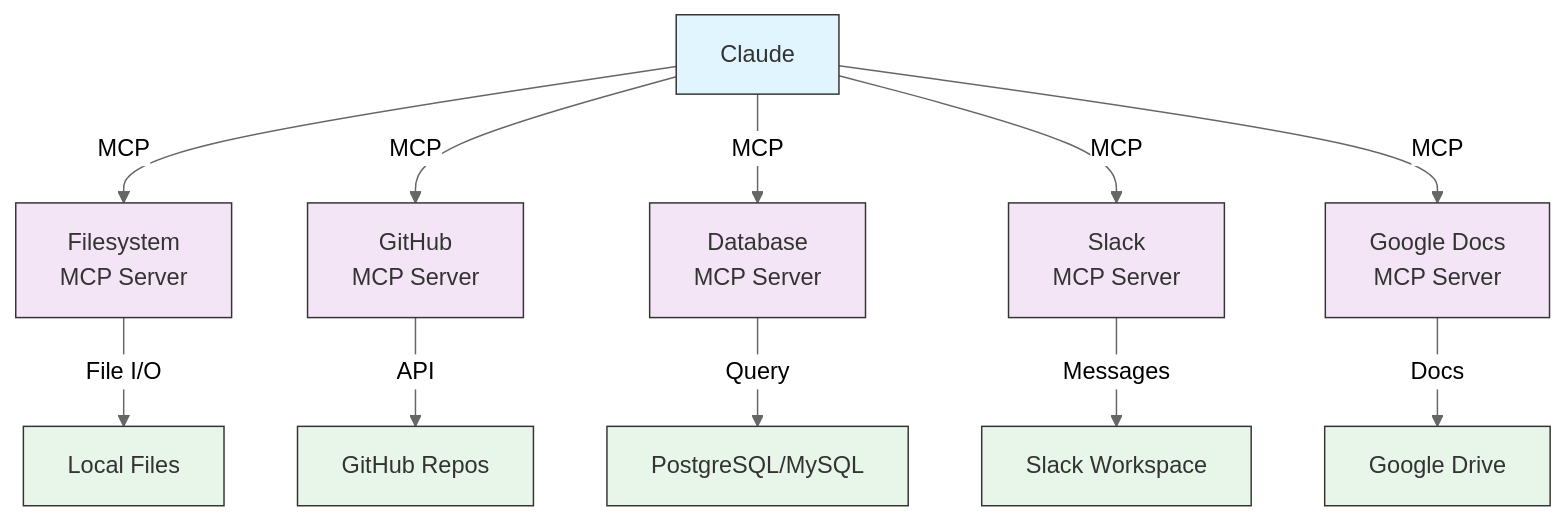
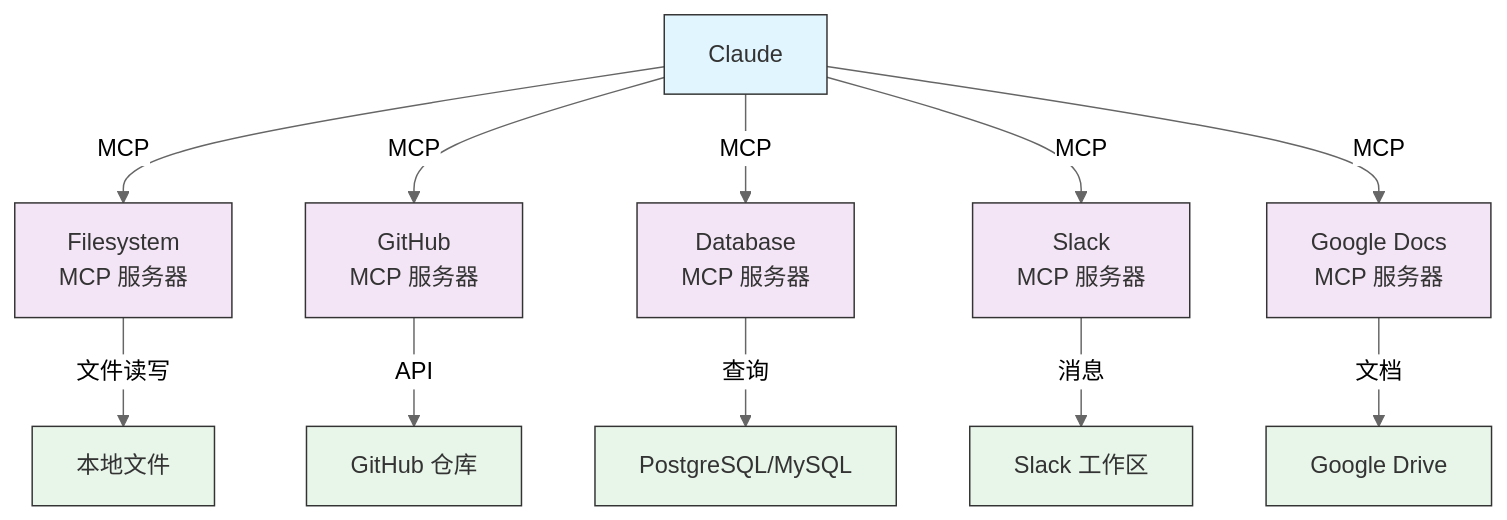
The second of 7 diagrams in 05-mcp/README.md (wgqi1126/claude-howto-zh-cn), drawn with Mermaid (neutral theme) before and after one commit. The commit also changed other lines of this file and 49 other files, not shown here.

````diff
--- a/05-mcp/README.md
+++ b/05-mcp/README.md
@@ -49,26 +49,26 @@
 ```mermaid
 graph TB
-    A["Claude"] -->|MCP| B["Filesystem<br/>MCP Server"]
-    A -->|MCP| C["GitHub<br/>MCP Server"]
-    A -->|MCP| D["Database<br/>MCP Server"]
-    A -->|MCP| E["Slack<br/>MCP Server"]
-    A -->|MCP| F["Google Docs<br/>MCP Server"]
+    A["Claude"] -->|MCP| B["Filesystem<br/>MCP 服务器"]
+    A -->|MCP| C["GitHub<br/>MCP 服务器"]
+    A -->|MCP| D["Database<br/>MCP 服务器"]
+    A -->|MCP| E["Slack<br/>MCP 服务器"]
+    A -->|MCP| F["Google Docs<br/>MCP 服务器"]
 
-    B -->|File I/O| G["Local Files"]
-    C -->|API| H["GitHub Repos"]
-    D -->|Query| I["PostgreSQL/MySQL"]
-    E -->|Messages| J["Slack Workspace"]
-    F -->|Docs| K["Google Drive"]
+    B -->|文件读写| G["本地文件"]
+    C -->|API| H["GitHub 仓库"]
+    D -->|查询| I["PostgreSQL/MySQL"]
+    E -->|消息| J["Slack 工作区"]
+    F -->|文档| K["Google Drive"]
 
     style A fill:#e1f5fe,stroke:#333,color:#333
     style B fill:#f3e5f5,stroke:#333,color:#333
     style C fill:#f3e5f5,stroke:#333,color:#333
     style D fill:#f3e5f5,stroke:#333,color:#333
     style E fill:#f3e5f5,stroke:#333,color:#333
     style F fill:#f3e5f5,stroke:#333,color:#333
     style G fill:#e8f5e9,stroke:#333,color:#333
     style H fill:#e8f5e9,stroke:#333,color:#333
     style I fill:#e8f5e9,stroke:#333,color:#333
     style J fill:#e8f5e9,stroke:#333,color:#333
     style K fill:#e8f5e9,stroke:#333,color:#333
 ```
````
